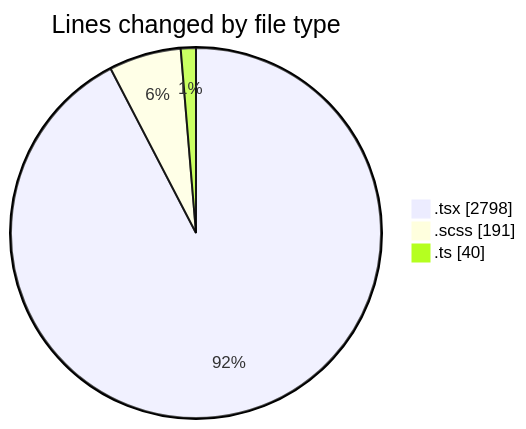
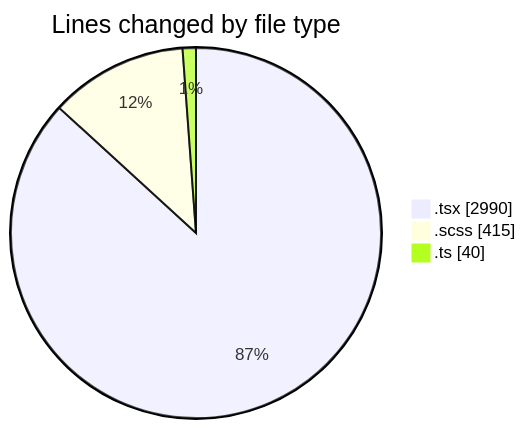
Before and after one commit to momahboobian/code-tracking: the first of 2 diagrams in 2025-04-04/cda/README.md, drawn with Mermaid. The commit also changed other lines of this file and 1 other file, not shown here.

````diff
--- a/2025-04-04/cda/README.md
+++ b/2025-04-04/cda/README.md
@@ -32,7 +34,7 @@
 ```mermaid
 pie showData
 title Lines changed by file type
-".tsx" : 2798
-".scss" : 191
+".tsx" : 2990
+".scss" : 415
 ".ts" : 40
 ```
````
